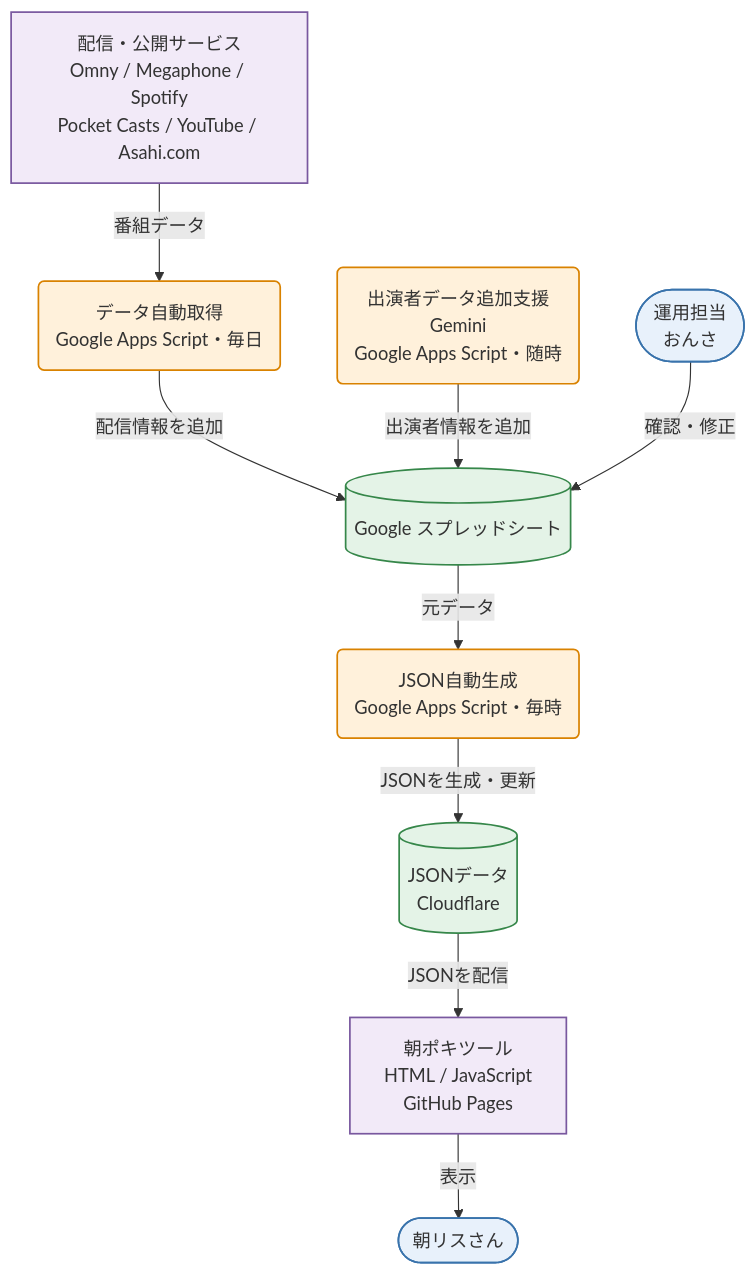
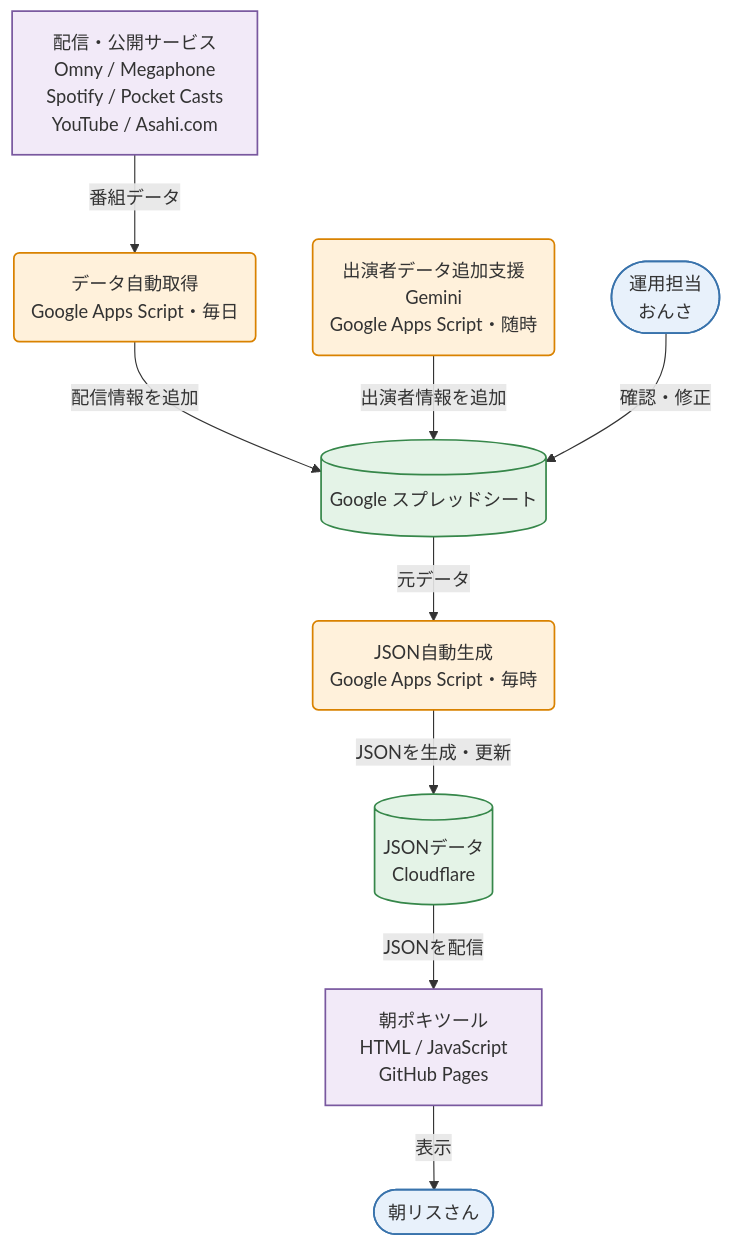
Before and after one commit to yoshimotomasahir/asapoki_vis: the diagram in README.md, drawn with Mermaid.

Commit message:
表示が崩れたため改行を追加

````diff
--- a/README.md
+++ b/README.md
@@ -2,34 +2,34 @@
 ```mermaid
 flowchart TD
-    O[配信・公開サービス<br>Omny / Megaphone / Spotify<br>Pocket Casts / YouTube / Asahi.com]
+    O[配信・公開サービス<br>Omny / Megaphone <br> Spotify / Pocket Casts <br> YouTube / Asahi.com]
     Z([運用担当<br>おんさ])
 
     A(データ自動取得<br>Google Apps Script・毎日)
     X(出演者データ追加支援<br>Gemini<br>Google Apps Script・随時)
 
     G[(Google スプレッドシート)]
     B(JSON自動生成<br>Google Apps Script・毎時)
     J[(JSONデータ<br>Cloudflare)]
 
     T[朝ポキツール<br>HTML / JavaScript<br>GitHub Pages]
     R([朝リスさん])
 
     O -->|番組データ| A
     A -->|配信情報を追加| G
     X -->|出演者情報を追加| G
     Z -->|確認・修正| G
     G -->|元データ| B
     B -->|JSONを生成・更新| J
     J -->|JSONを配信| T
     T -->|表示| R
 
     classDef person fill:#E8F1FB,stroke:#3973AC,stroke-width:1.5px;
     classDef process fill:#FFF1DB,stroke:#D98200,stroke-width:1.5px;
     classDef datastore fill:#E4F3E7,stroke:#36874A,stroke-width:1.5px;
     classDef service fill:#F2EAF8,stroke:#79589F,stroke-width:1.5px;
 
     class R,Z person;
     class A,X,B process;
     class G,J datastore;
     class O,T service;
 ```
````
